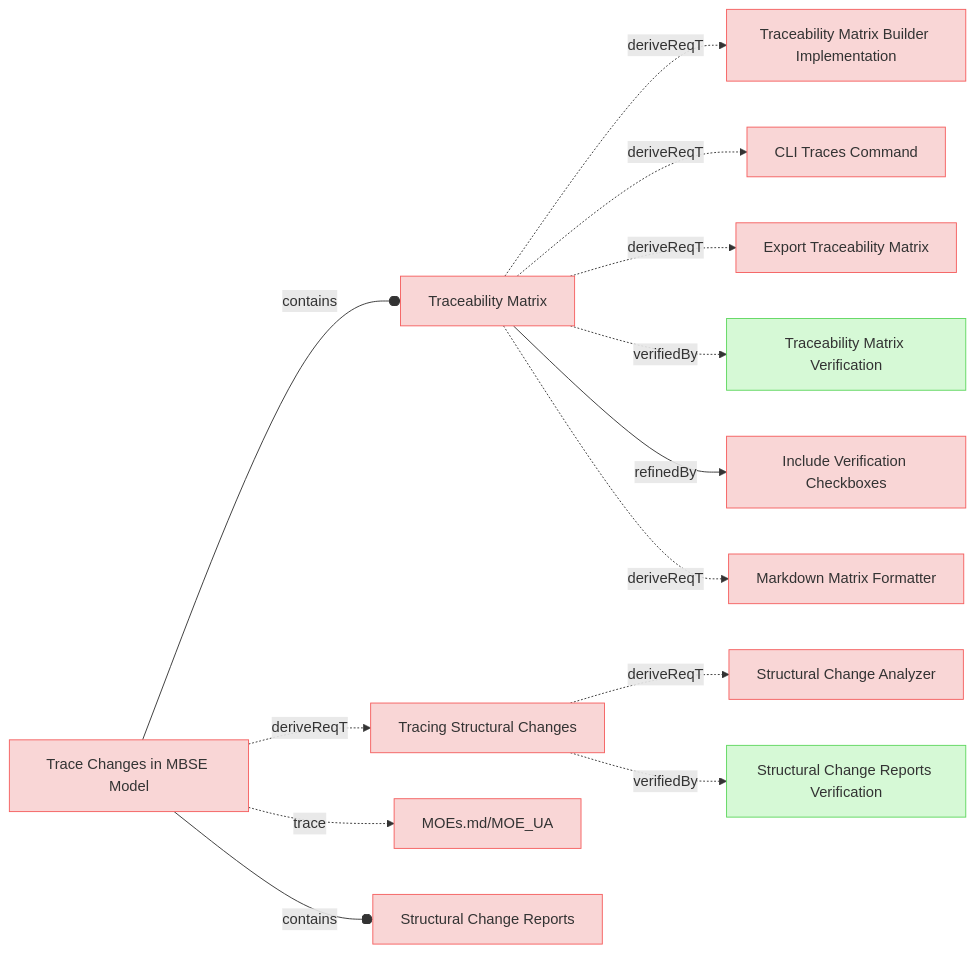
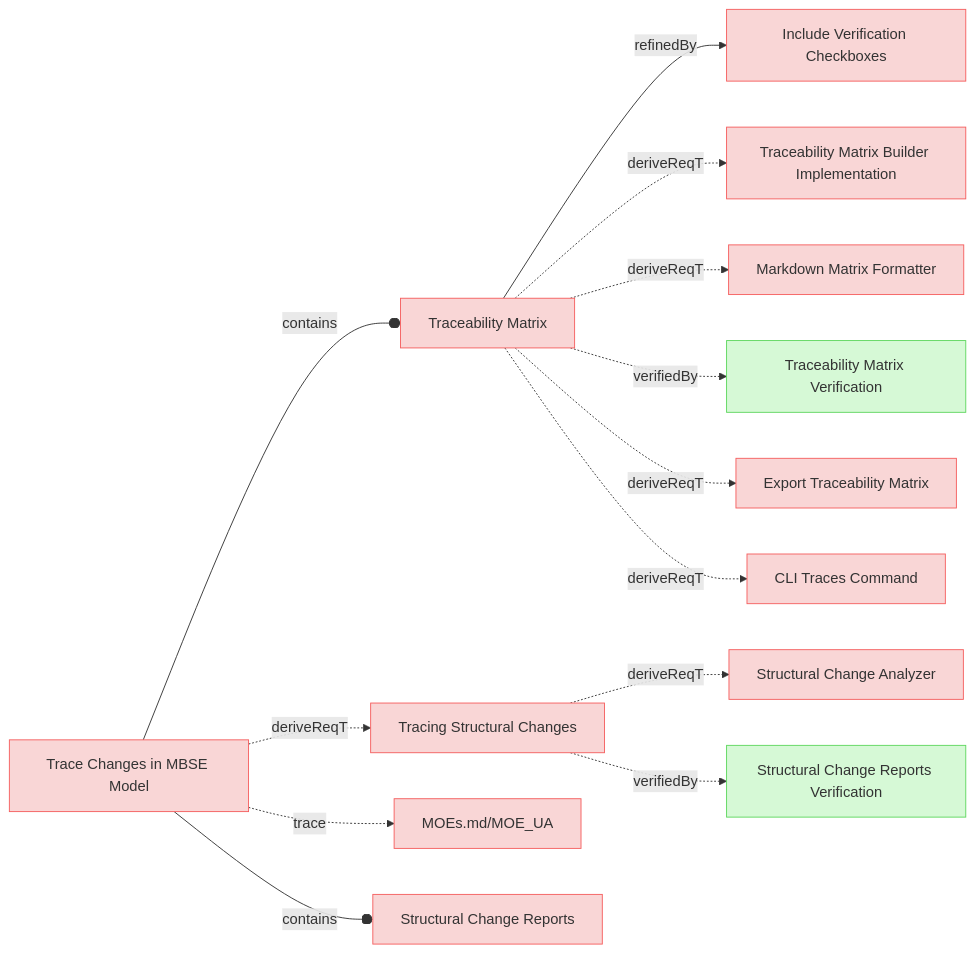
The sixth of 9 diagrams in specifications/UserRequirements.md (reqvire-org/reqvire), drawn with Mermaid before and after one commit. The commit also changed other lines of this file and 64 other files, not shown here.

````diff
--- a/specifications/UserRequirements.md
+++ b/specifications/UserRequirements.md
@@ -652,61 +664,61 @@
 ```mermaid
 graph LR;
   %% REQVIRE-AUTOGENERATED-DIAGRAM
   %% Graph styling
   classDef requirement fill:#f9d6d6,stroke:#f55f5f,stroke-width:1px;
   classDef verification fill:#d6f9d6,stroke:#5fd75f,stroke-width:1px;
   classDef externalLink fill:#d0e0ff,stroke:#3080ff,stroke-width:1px;
   classDef default fill:#f5f5f5,stroke:#333333,stroke-width:1px;
 
+  6d32b919c82784b7["Include Verification Checkboxes"];
+  class 6d32b919c82784b7 requirement;
+  click 6d32b919c82784b7 "UserRequirements.md#include-verification-checkboxes";
   4e30ea0930dc9c26["Traceability Matrix"];
   class 4e30ea0930dc9c26 requirement;
   click 4e30ea0930dc9c26 "UserRequirements.md#traceability-matrix";
+  4e30ea0930dc9c26 -->|refinedBy| 6d32b919c82784b7;
   b55d8517cd3e58["Traceability Matrix Builder Implementation"];
   class b55d8517cd3e58 requirement;
   click b55d8517cd3e58 "SystemRequirements/Requirements.md#traceability-matrix-builder-implementation";
   4e30ea0930dc9c26 -.->|deriveReqT| b55d8517cd3e58;
+  1b7491b67a792bc9["Markdown Matrix Formatter"];
+  class 1b7491b67a792bc9 requirement;
+  click 1b7491b67a792bc9 "SystemRequirements/Requirements.md#markdown-matrix-formatter";
+  4e30ea0930dc9c26 -.->|deriveReqT| 1b7491b67a792bc9;
+  11c3285e74c8d60b["Traceability Matrix Verification"];
+  class 11c3285e74c8d60b verification;
+  click 11c3285e74c8d60b "Verifications/ChangeImpactTests.md#traceability-matrix-verification";
+  4e30ea0930dc9c26 -.->|verifiedBy| 11c3285e74c8d60b;
+  7de9a55d6102af23["Export Traceability Matrix"];
+  class 7de9a55d6102af23 requirement;
+  click 7de9a55d6102af23 "UserRequirements.md#export-traceability-matrix";
+  4e30ea0930dc9c26 -.->|deriveReqT| 7de9a55d6102af23;
   5bfc0d5fd7bba25["CLI Traces Command"];
   class 5bfc0d5fd7bba25 requirement;
   click 5bfc0d5fd7bba25 "SystemRequirements/Requirements.md#cli-traces-command";
   4e30ea0930dc9c26 -.->|deriveReqT| 5bfc0d5fd7bba25;
-  7de9a55d6102af23["Export Traceability Matrix"];
-  class 7de9a55d6102af23 requirement;
-  click 7de9a55d6102af23 "UserRequirements.md#export-traceability-matrix";
-  4e30ea0930dc9c26 -.->|deriveReqT| 7de9a55d6102af23;
-  11c3285e74c8d60b["Traceability Matrix Verification"];
-  class 11c3285e74c8d60b verification;
-  click 11c3285e74c8d60b "Verifications/ChangeImpactTests.md#traceability-matrix-verification";
-  4e30ea0930dc9c26 -.->|verifiedBy| 11c3285e74c8d60b;
-  6d32b919c82784b7["Include Verification Checkboxes"];
-  class 6d32b919c82784b7 requirement;
-  click 6d32b919c82784b7 "UserRequirements.md#include-verification-checkboxes";
-  4e30ea0930dc9c26 -->|refinedBy| 6d32b919c82784b7;
-  1b7491b67a792bc9["Markdown Matrix Formatter"];
-  class 1b7491b67a792bc9 requirement;
-  click 1b7491b67a792bc9 "SystemRequirements/Requirements.md#markdown-matrix-formatter";
-  4e30ea0930dc9c26 -.->|deriveReqT| 1b7491b67a792bc9;
   d7b7b13a5b8d96e1["Tracing Structural Changes"];
   class d7b7b13a5b8d96e1 requirement;
   click d7b7b13a5b8d96e1 "UserRequirements.md#tracing-structural-changes";
   d34d7e14d2a235a2["Structural Change Analyzer"];
   class d34d7e14d2a235a2 requirement;
   click d34d7e14d2a235a2 "SystemRequirements/Requirements.md#structural-change-analyzer";
   d7b7b13a5b8d96e1 -.->|deriveReqT| d34d7e14d2a235a2;
   b0e8adb6596a35e7["Structural Change Reports Verification"];
   class b0e8adb6596a35e7 verification;
   click b0e8adb6596a35e7 "Verifications/ChangeImpactTests.md#structural-change-reports-verification";
   d7b7b13a5b8d96e1 -.->|verifiedBy| b0e8adb6596a35e7;
   5ef9c8ae19a9f55a["Trace Changes in MBSE Model"];
   class 5ef9c8ae19a9f55a requirement;
   click 5ef9c8ae19a9f55a "UserStories.md#trace-changes-in-mbse-model";
   2c5f30f14e792200["MOEs.md/MOE_UA"];
   class 2c5f30f14e792200 requirement;
   click 2c5f30f14e792200 "MOEs.md#moe_ua";
   5ef9c8ae19a9f55a -.->|trace| 2c5f30f14e792200;
   5ef9c8ae19a9f55a --o|contains| 4e30ea0930dc9c26;
   1908501a80db5c46["Structural Change Reports"];
   class 1908501a80db5c46 requirement;
   click 1908501a80db5c46 "UserRequirements.md#structural-change-reports";
   5ef9c8ae19a9f55a --o|contains| 1908501a80db5c46;
   5ef9c8ae19a9f55a -.->|deriveReqT| d7b7b13a5b8d96e1;
 ```
````
